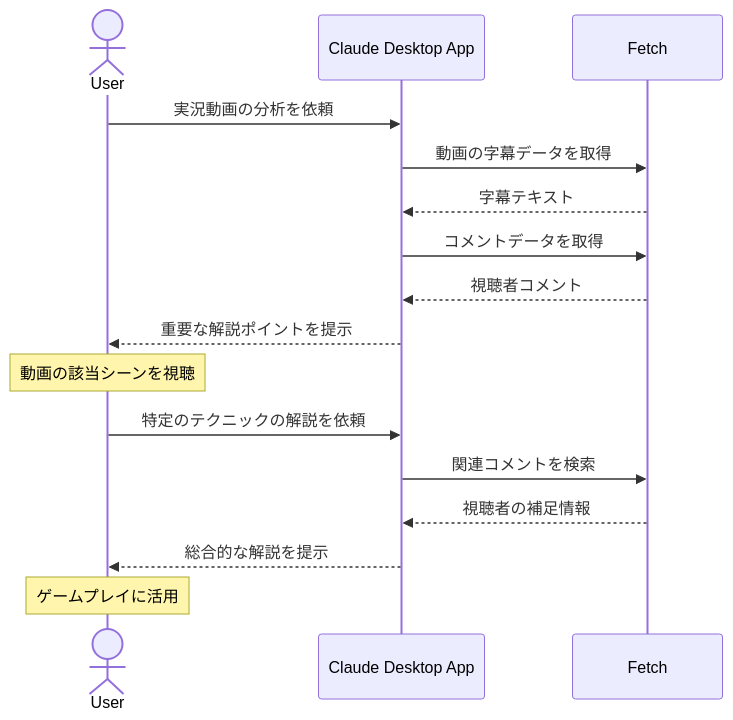
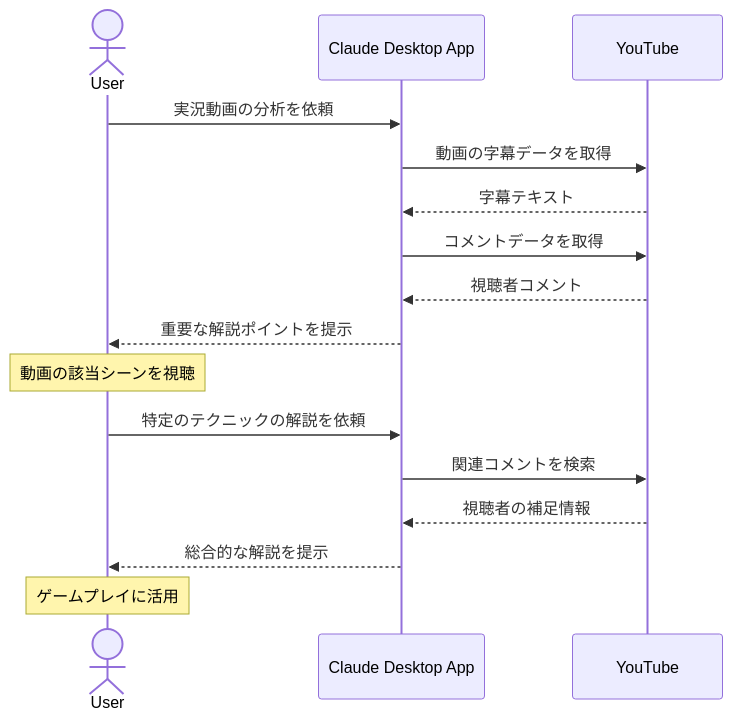
The diagram in docs/01_趣味・余暇/動画の重要ポイントを把握する.md (po-shu/mcp-100-ideas), drawn with Mermaid before and after one commit. The commit also changed other lines of this file and 2 other files, not shown here.

Commit message:
docs: 01 Hallucination

````diff
--- a/docs/01_趣味・余暇/動画の重要ポイントを把握する.md
+++ b/docs/01_趣味・余暇/動画の重要ポイントを把握する.md
@@ -16,20 +16,20 @@
 ```mermaid
 sequenceDiagram
     actor U as User
     participant C as Claude Desktop App
-    participant F as Fetch
+    participant Y as YouTube
 
     U->>C: 実況動画の分析を依頼
-    C->>F: 動画の字幕データを取得
-    F-->>C: 字幕テキスト
-    C->>F: コメントデータを取得
-    F-->>C: 視聴者コメント
+    C->>Y: 動画の字幕データを取得
+    Y-->>C: 字幕テキスト
+    C->>Y: コメントデータを取得
+    Y-->>C: 視聴者コメント
     C-->>U: 重要な解説ポイントを提示
     Note over U: 動画の該当シーンを視聴
     U->>C: 特定のテクニックの解説を依頼
-    C->>F: 関連コメントを検索
-    F-->>C: 視聴者の補足情報
+    C->>Y: 関連コメントを検索
+    Y-->>C: 視聴者の補足情報
     C-->>U: 総合的な解説を提示
     Note over U: ゲームプレイに活用
 
 ```
````
